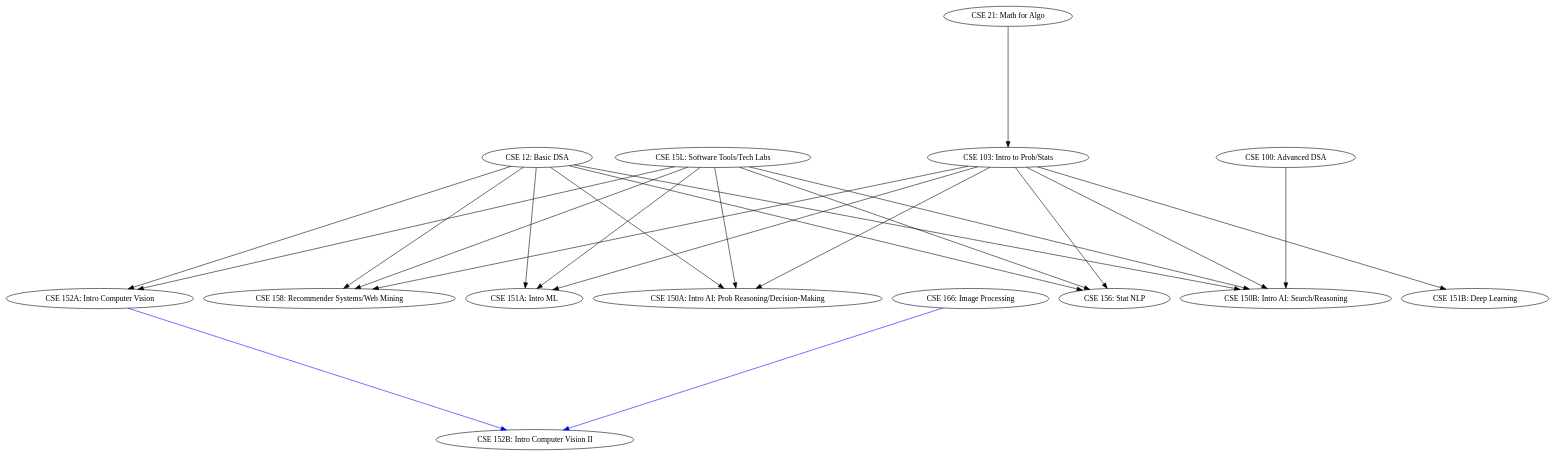
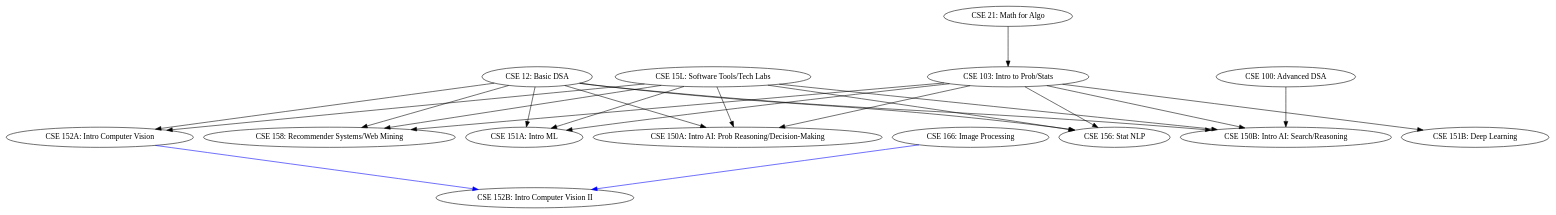
Before and after one commit to SamuelLin213/ucsd-cse: the diagram in topic/ds_ai.dot, drawn with Graphviz. The commit also changed 6 other files, not shown here.

```diff
--- a/topic/ds_ai.dot
+++ b/topic/ds_ai.dot
@@ -1,14 +1,14 @@
 digraph {
-ranksep=3;
+ranksep=1;
 
 "CSE 21: Math for Algo" -> "CSE 103: Intro to Prob/Stats";
 "CSE 12: Basic DSA" -> {"CSE 150A: Intro AI: Prob Reasoning/Decision-Making", "CSE 150B: Intro AI: Search/Reasoning",
 	"CSE 151A: Intro ML", "CSE 152A: Intro Computer Vision", "CSE 156: Stat NLP", "CSE 158: Recommender Systems/Web Mining"};
 "CSE 15L: Software Tools/Tech Labs" -> {"CSE 150A: Intro AI: Prob Reasoning/Decision-Making", "CSE 150B: Intro AI: Search/Reasoning", 
 	"CSE 151A: Intro ML", "CSE 152A: Intro Computer Vision", "CSE 156: Stat NLP", "CSE 158: Recommender Systems/Web Mining"};
 
 "CSE 100: Advanced DSA" -> "CSE 150B: Intro AI: Search/Reasoning";
 "CSE 103: Intro to Prob/Stats" -> {"CSE 150A: Intro AI: Prob Reasoning/Decision-Making", "CSE 150B: Intro AI: Search/Reasoning",
 	"CSE 151A: Intro ML", "CSE 151B: Deep Learning", "CSE 156: Stat NLP", "CSE 158: Recommender Systems/Web Mining"};
 {"CSE 152A: Intro Computer Vision", "CSE 166: Image Processing"} -> "CSE 152B: Intro Computer Vision II"[color="blue"];
 }
```
